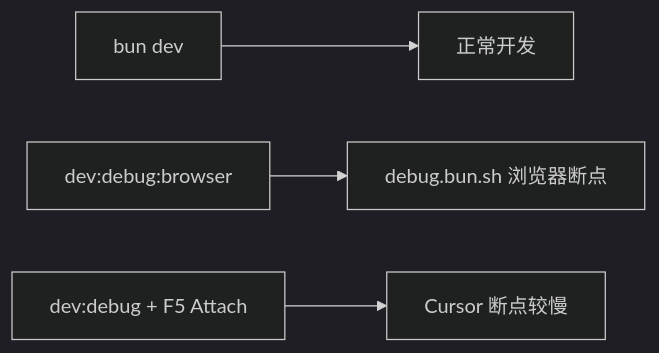
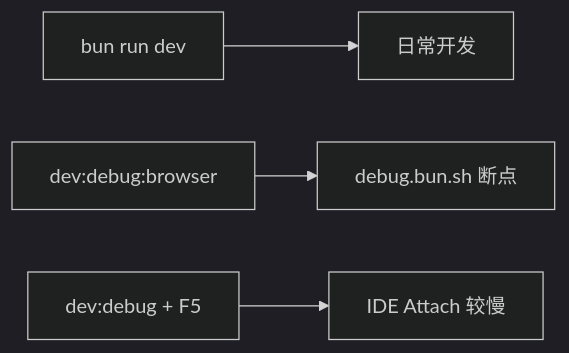
The diagram in docs/architecture/commands.md (meishanlaoyao/elysia-admin), drawn with Mermaid (dark theme) before and after one commit. The commit also changed other lines of this file and 38 other files, not shown here.

Commit message:
update: add module/page scaffolding (create:module/create:page with Drizzle Schema, --schema, --dry-run), script templates and tests; add AI_MODULE_SCAFFOLD.md; update AI workflow, Cursor Skill, IDE rules, and AI dev guide with scaffolding recommendations

````diff
--- a/docs/architecture/commands.md
+++ b/docs/architecture/commands.md
@@ -69,6 +108,6 @@
 ```mermaid
 flowchart LR
-  dailyDev["bun dev"] --> normalRun[正常开发]
-  browserDebug["dev:debug:browser"] --> debugSh[debug.bun.sh 浏览器断点]
-  ideDebug["dev:debug + F5 Attach"] --> cursorIDE[Cursor 断点较慢]
+    A[bun run dev] --> N[日常开发]
+    B[dev:debug:browser] --> D[debug.bun.sh 断点]
+    C[dev:debug + F5] --> I[IDE Attach 较慢]
 ```
````
